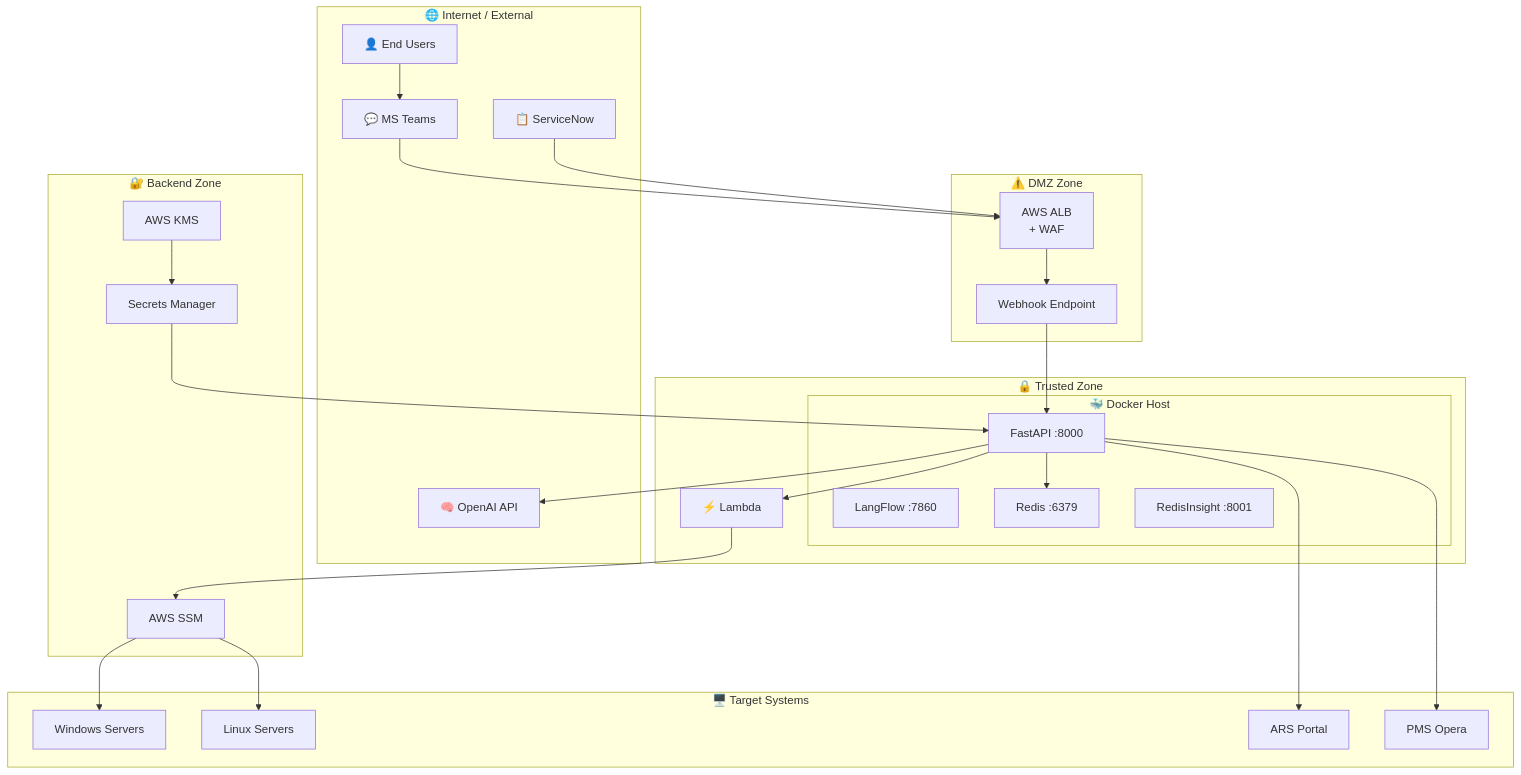
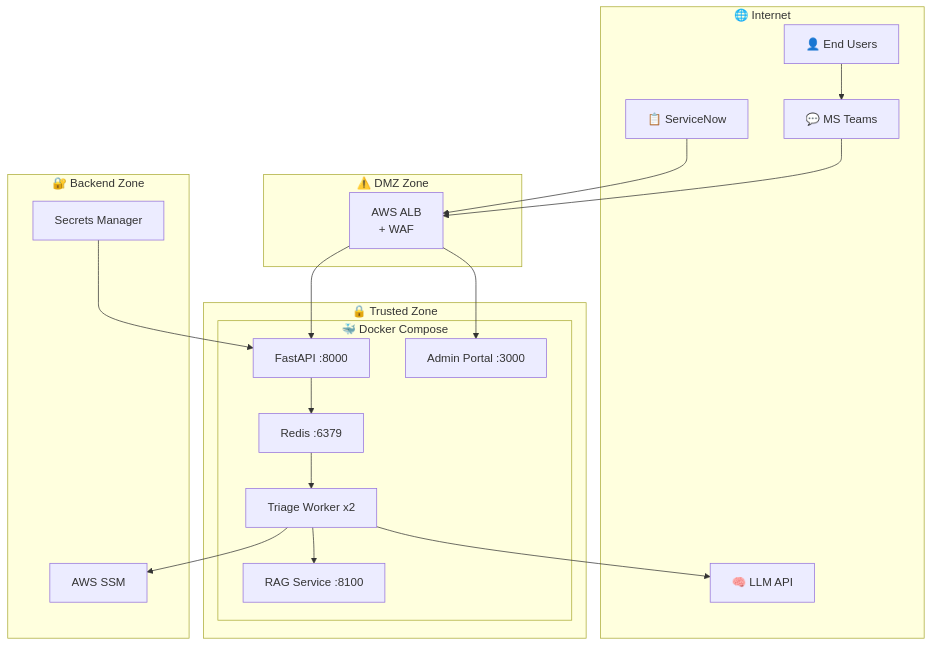
Before and after one commit to maniltns/AEGIS: the fourth of 5 diagrams in docs/architecture.md, drawn with Mermaid. The commit also changed other lines of this file and 15 other files, not shown here.

````diff
--- a/docs/architecture.md
+++ b/docs/architecture.md
@@ -146,53 +139,40 @@
 ```mermaid
 graph TB
-    subgraph "🌐 Internet / External"
+    subgraph "🌐 Internet"
         USER["👤 End Users"]
         TEAMS_EXT["💬 MS Teams"]
         SNOW_EXT["📋 ServiceNow"]
-        OPENAI_EXT["🧠 OpenAI API"]
+        LLM_EXT["🧠 LLM API"]
     end
 
     subgraph DMZ["⚠️ DMZ Zone"]
         ALB["AWS ALB<br/>+ WAF"]
-        WEBHOOK["Webhook Endpoint"]
     end
 
     subgraph TRUSTED["🔒 Trusted Zone"]
-        subgraph DOCKER["🐳 Docker Host"]
+        subgraph DOCKER["🐳 Docker Compose"]
             API["FastAPI :8000"]
-            LF["LangFlow :7860"]
+            ADMIN["Admin Portal :3000"]
+            WORKER["Triage Worker x2"]
             REDIS["Redis :6379"]
-            INSIGHT["RedisInsight :8001"]
+            RAG["RAG Service :8100"]
         end
-        LAMBDA["⚡ Lambda"]
     end
 
     subgraph BACKEND["🔐 Backend Zone"]
         SSM["AWS SSM"]
         SECRETS["Secrets Manager"]
-        KMS["AWS KMS"]
-    end
-
-    subgraph TARGETS["🖥️ Target Systems"]
-        WIN["Windows Servers"]
-        LINUX["Linux Servers"]
-        ARS["ARS Portal"]
-        OPERA["PMS Opera"]
     end
 
     USER --> TEAMS_EXT
     TEAMS_EXT --> ALB
     SNOW_EXT --> ALB
-    ALB --> WEBHOOK
-    WEBHOOK --> API
+    ALB --> API
+    ALB --> ADMIN
     API --> REDIS
-    API --> LAMBDA
-    LAMBDA --> SSM
-    SSM --> WIN
-    SSM --> LINUX
-    API --> OPENAI_EXT
-    API --> ARS
-    API --> OPERA
+    REDIS --> WORKER
+    WORKER --> LLM_EXT
+    WORKER --> RAG
+    WORKER --> SSM
     SECRETS --> API
-    KMS --> SECRETS
 ```
````
